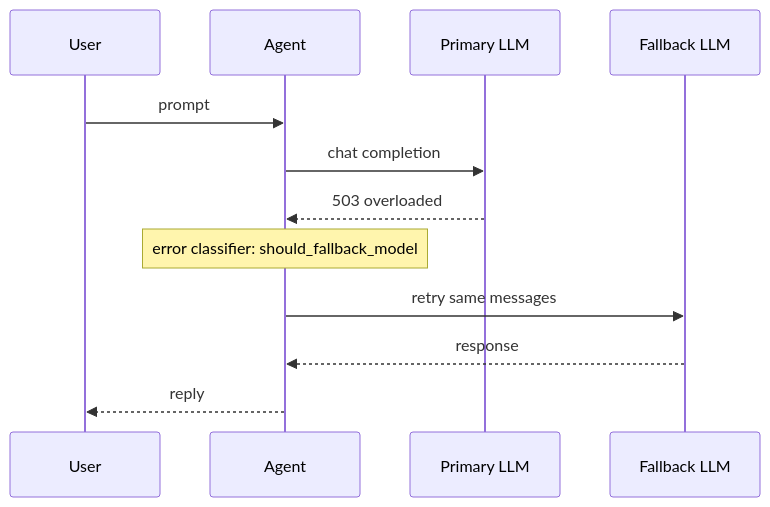
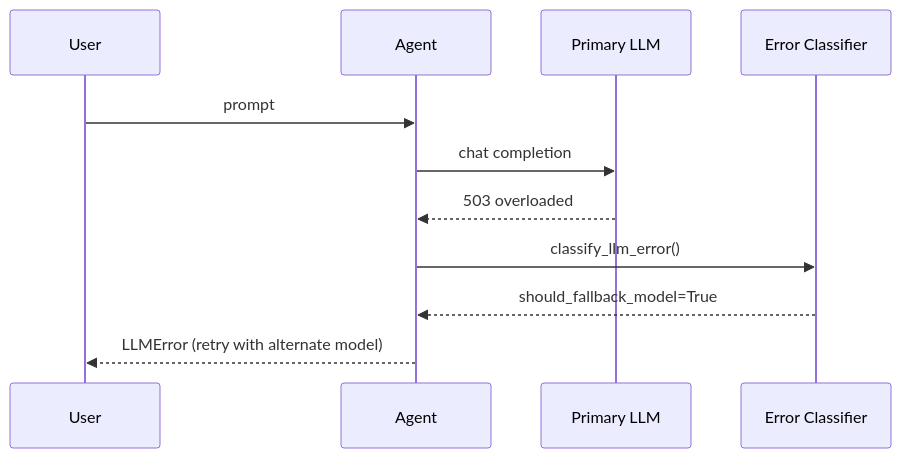
The second of 2 diagrams in docs/features/model-fallback.mdx (MervinPraison/PraisonAIDocs), drawn with Mermaid before and after one commit. The commit also changed other lines of this file and 1 other file, not shown here.

First line of the commit message:
fix(docs): correct model-fallback and llm-config to match SDK ground truth

````diff
--- a/docs/features/model-fallback.mdx
+++ b/docs/features/model-fallback.mdx
@@ -74,15 +76,14 @@
 ```mermaid
 sequenceDiagram
     participant User
     participant Agent
     participant Primary as Primary LLM
-    participant Fallback as Fallback LLM
+    participant Classifier as Error Classifier
 
     User->>Agent: prompt
     Agent->>Primary: chat completion
     Primary-->>Agent: 503 overloaded
-    Note over Agent: error classifier: should_fallback_model
-    Agent->>Fallback: retry same messages
-    Fallback-->>Agent: response
-    Agent-->>User: reply
+    Agent->>Classifier: classify_llm_error()
+    Classifier-->>Agent: should_fallback_model=True
+    Agent-->>User: LLMError (retry with alternate model)
 ```
````
